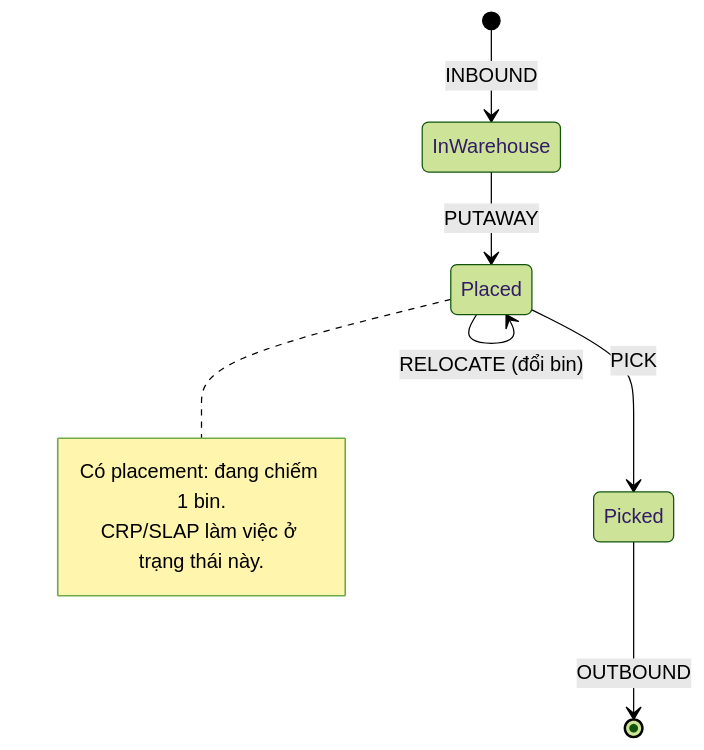
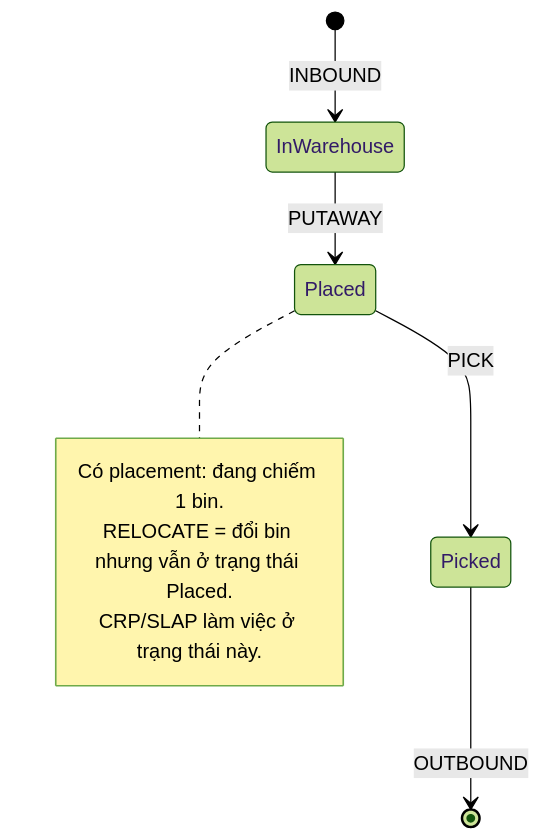
The diagram in docs/business.md (nguyenichnghia/stockpile-3d), drawn with Mermaid (forest theme) before and after one commit. The commit also changed other lines of this file and 1 other file, not shown here.

First line of the commit message:
fix: render lot lifecycle state diagram and explain from/to bin

````diff
--- a/docs/business.md
+++ b/docs/business.md
@@ -55,12 +63,12 @@
 ```mermaid
 stateDiagram-v2
     [*] --> InWarehouse: INBOUND
     InWarehouse --> Placed: PUTAWAY
-    Placed --> Placed: RELOCATE (đổi bin)
     Placed --> Picked: PICK
     Picked --> [*]: OUTBOUND
     note right of Placed
         Có placement: đang chiếm 1 bin.
+        RELOCATE = đổi bin nhưng vẫn ở trạng thái Placed.
         CRP/SLAP làm việc ở trạng thái này.
     end note
 ```
````
